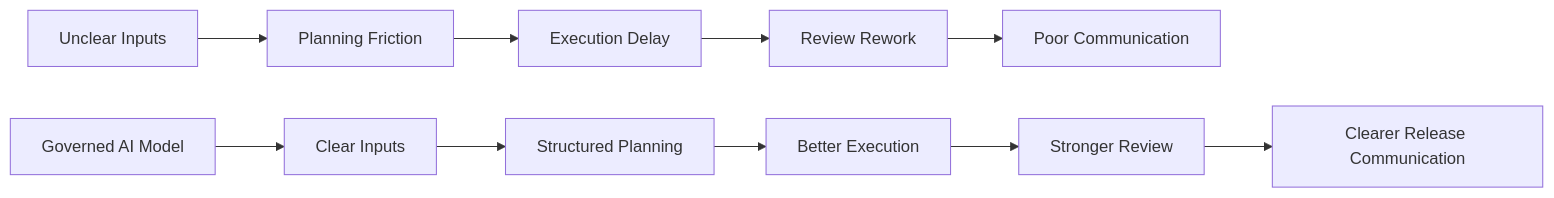
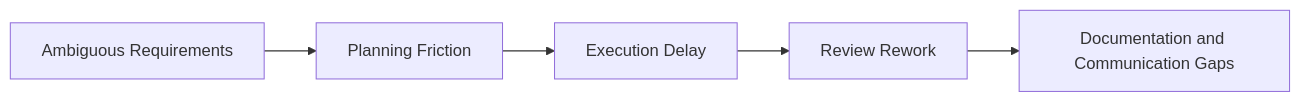
Before and after one commit to refat-asadullah-creolytix-dev/refat-asadullah-creolytix-dev: the fourth of 21 diagrams in creolytix-ai-delivery-model.md, drawn with Mermaid. The commit also changed other lines of this file, not shown here.

````diff
--- a/creolytix-ai-delivery-model.md
+++ b/creolytix-ai-delivery-model.md
@@ -82,13 +110,7 @@
 ```mermaid
 flowchart LR
-    A[Unclear Inputs] --> B[Planning Friction]
+    A[Ambiguous Requirements] --> B[Planning Friction]
     B --> C[Execution Delay]
     C --> D[Review Rework]
-    D --> E[Poor Communication]
-
-    F[Governed AI Model] --> G[Clear Inputs]
-    G --> H[Structured Planning]
-    H --> I[Better Execution]
-    I --> J[Stronger Review]
-    J --> K[Clearer Release Communication]
+    D --> E[Documentation and Communication Gaps]
 ```
````
